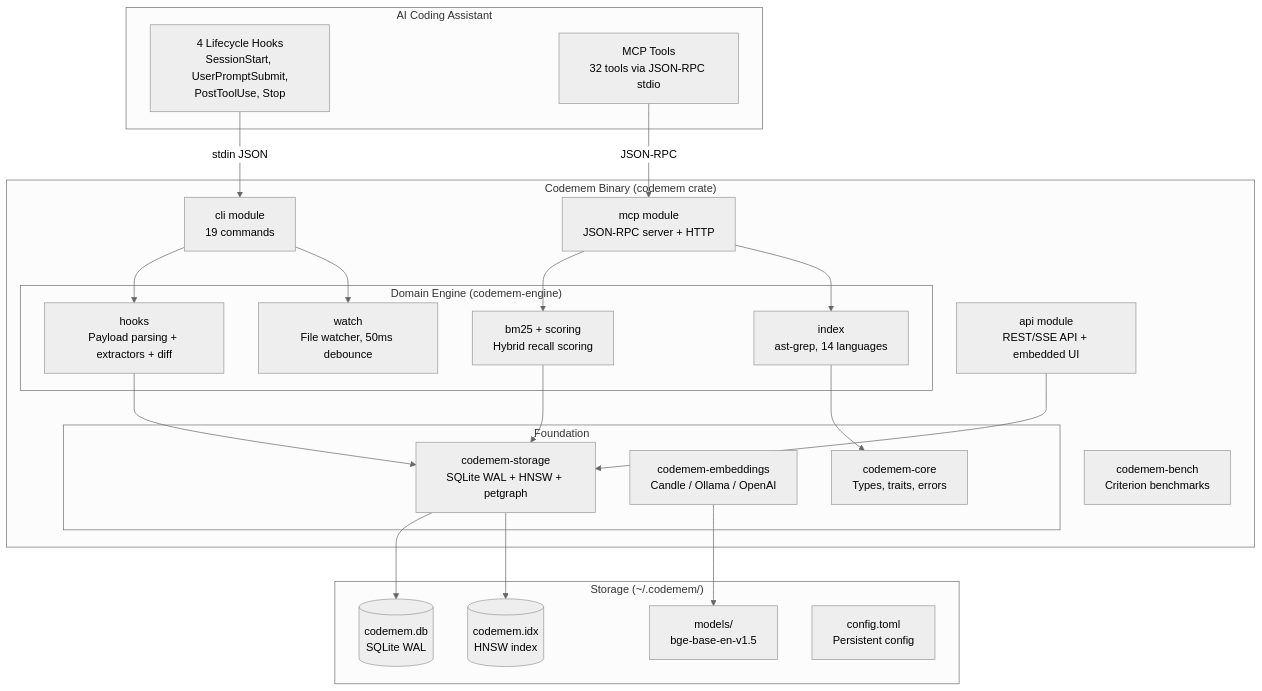
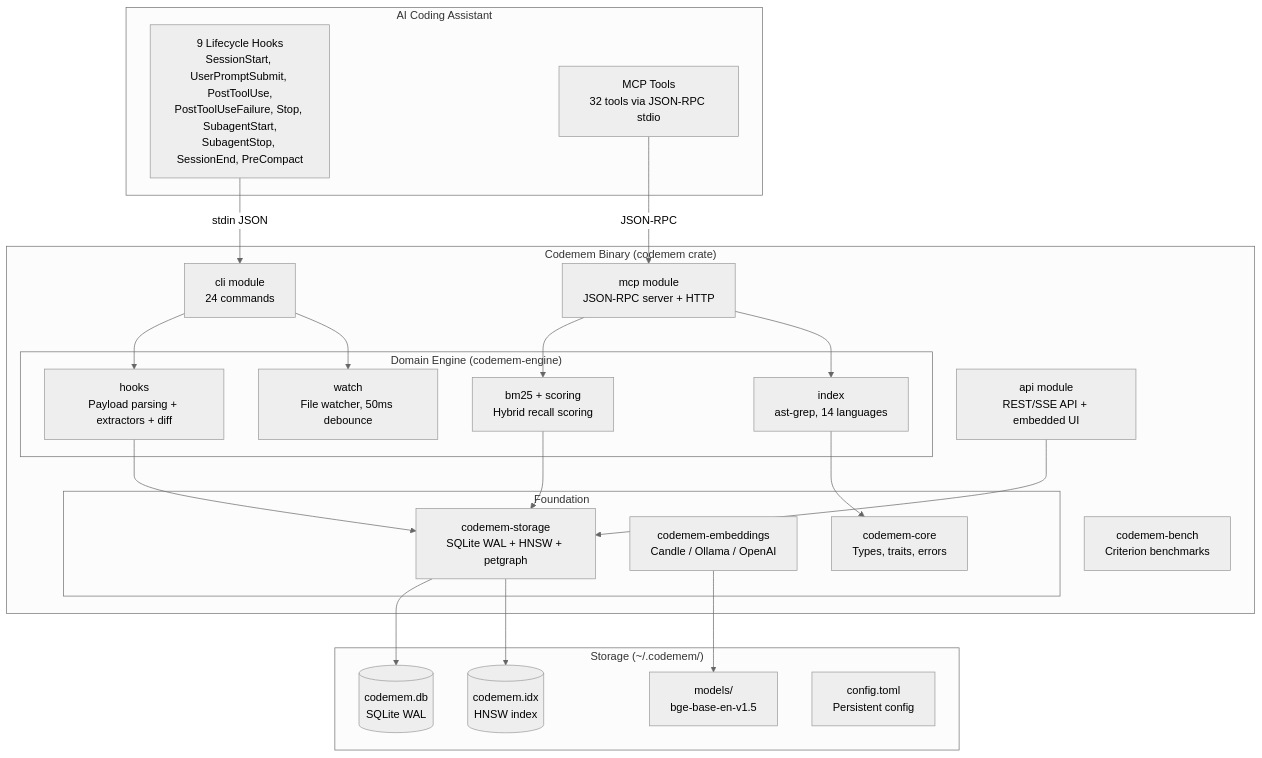
The first of 10 diagrams in docs/architecture.md (cogniplex/codemem), drawn with Mermaid (neutral theme) before and after one commit. The commit also changed other lines of this file and 3 other files, not shown here.

First line of the commit message:
docs: update docs for 9 lifecycle hooks and 24 CLI commands

````diff
--- a/docs/architecture.md
+++ b/docs/architecture.md
@@ -19,49 +19,49 @@
 ```mermaid
 graph TB
     subgraph "AI Coding Assistant"
-        H[4 Lifecycle Hooks<br/>SessionStart, UserPromptSubmit,<br/>PostToolUse, Stop]
+        H[9 Lifecycle Hooks<br/>SessionStart, UserPromptSubmit, PostToolUse,<br/>PostToolUseFailure, Stop, SubagentStart,<br/>SubagentStop, SessionEnd, PreCompact]
         M[MCP Tools<br/>32 tools via JSON-RPC stdio]
     end
 
     subgraph "Codemem Binary (codemem crate)"
-        CLI[cli module<br/>19 commands]
+        CLI[cli module<br/>24 commands]
         MCP_MOD[mcp module<br/>JSON-RPC server + HTTP]
         API_MOD[api module<br/>REST/SSE API + embedded UI]
 
         subgraph "Domain Engine (codemem-engine)"
             HOOKS[hooks<br/>Payload parsing + extractors + diff]
             WATCH[watch<br/>File watcher, 50ms debounce]
             IDX[index<br/>ast-grep, 14 languages]
             BM25[bm25 + scoring<br/>Hybrid recall scoring]
         end
 
         subgraph "Foundation"
             CORE[codemem-core<br/>Types, traits, errors]
             EMB[codemem-embeddings<br/>Candle / Ollama / OpenAI]
             STORE[codemem-storage<br/>SQLite WAL + HNSW + petgraph]
         end
 
         BENCH[codemem-bench<br/>Criterion benchmarks]
     end
 
     subgraph "Storage (~/.codemem/)"
         DB[(codemem.db<br/>SQLite WAL)]
         HNSW[(codemem.idx<br/>HNSW index)]
         MODEL[models/<br/>bge-base-en-v1.5]
         CONF[config.toml<br/>Persistent config]
     end
 
     H -->|stdin JSON| CLI
     M -->|JSON-RPC| MCP_MOD
     CLI --> HOOKS
     CLI --> WATCH
     MCP_MOD --> BM25
     MCP_MOD --> IDX
     API_MOD --> STORE
     HOOKS --> STORE
     BM25 --> STORE
     IDX --> CORE
     STORE --> DB
     STORE --> HNSW
     EMB --> MODEL
 ```
````
